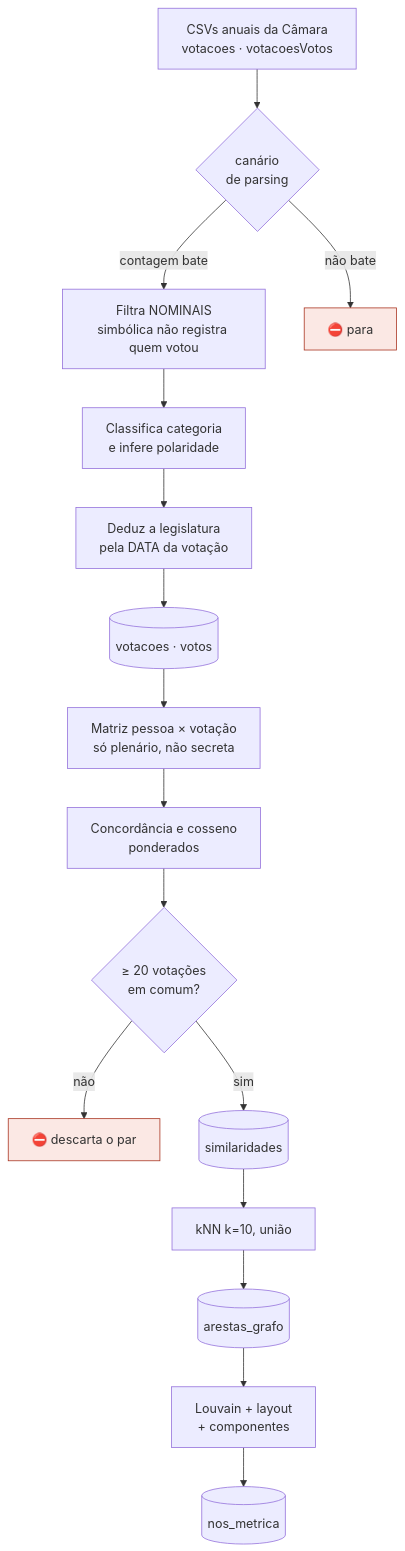
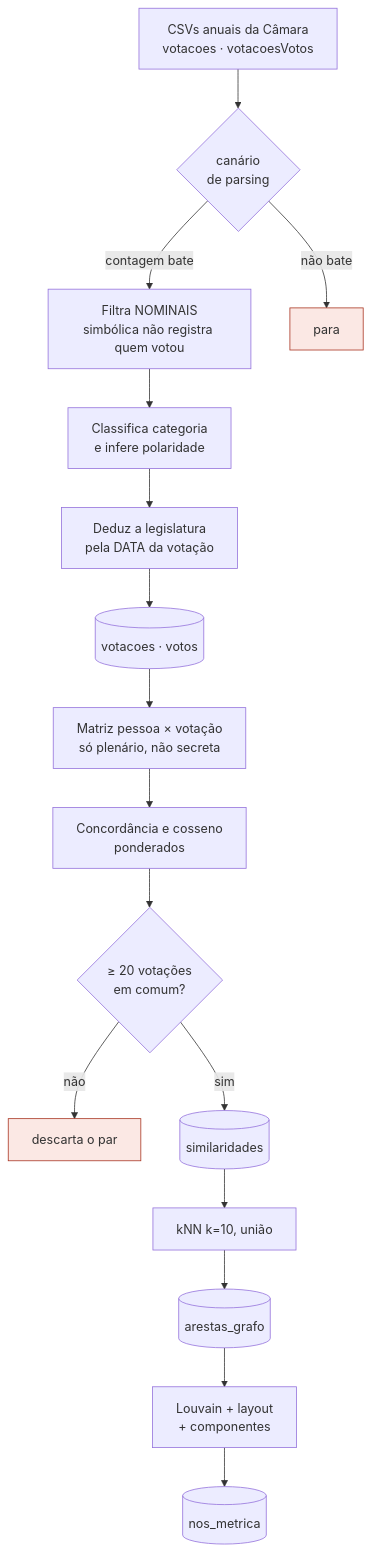
One commit to IgorLucasAssuncao/poligraph changed the fourth of 6 diagrams in README.md. Above: the diagram before and after it, drawn with Mermaid. The commit also changed other lines of this file and 1 other file, not shown here.

````diff
--- a/README.md
+++ b/README.md
@@ -387,20 +372,20 @@
 ```mermaid
 flowchart TB
     A["CSVs anuais da Câmara<br/>votacoes · votacoesVotos"] --> B{"canário<br/>de parsing"}
     B -->|"contagem bate"| C["Filtra NOMINAIS<br/>simbólica não registra quem votou"]
-    B -->|"não bate"| X["⛔ para"]
+    B -->|"não bate"| X["para"]
     C --> D["Classifica categoria<br/>e infere polaridade"]
     D --> E["Deduz a legislatura<br/>pela DATA da votação"]
     E --> F[("votacoes · votos")]
 
     F --> G["Matriz pessoa × votação<br/>só plenário, não secreta"]
     G --> H["Concordância e cosseno<br/>ponderados"]
     H --> I{"≥ 20 votações<br/>em comum?"}
-    I -->|"não"| Y["⛔ descarta o par"]
+    I -->|"não"| Y["descarta o par"]
     I -->|"sim"| J[("similaridades")]
     J --> K["kNN k=10, união"] --> L[("arestas_grafo")]
     L --> M["Louvain + layout<br/>+ componentes"] --> N[("nos_metrica")]
 
     style X fill:#fbe8e4,stroke:#a8321f
     style Y fill:#fbe8e4,stroke:#a8321f
 ```
````
